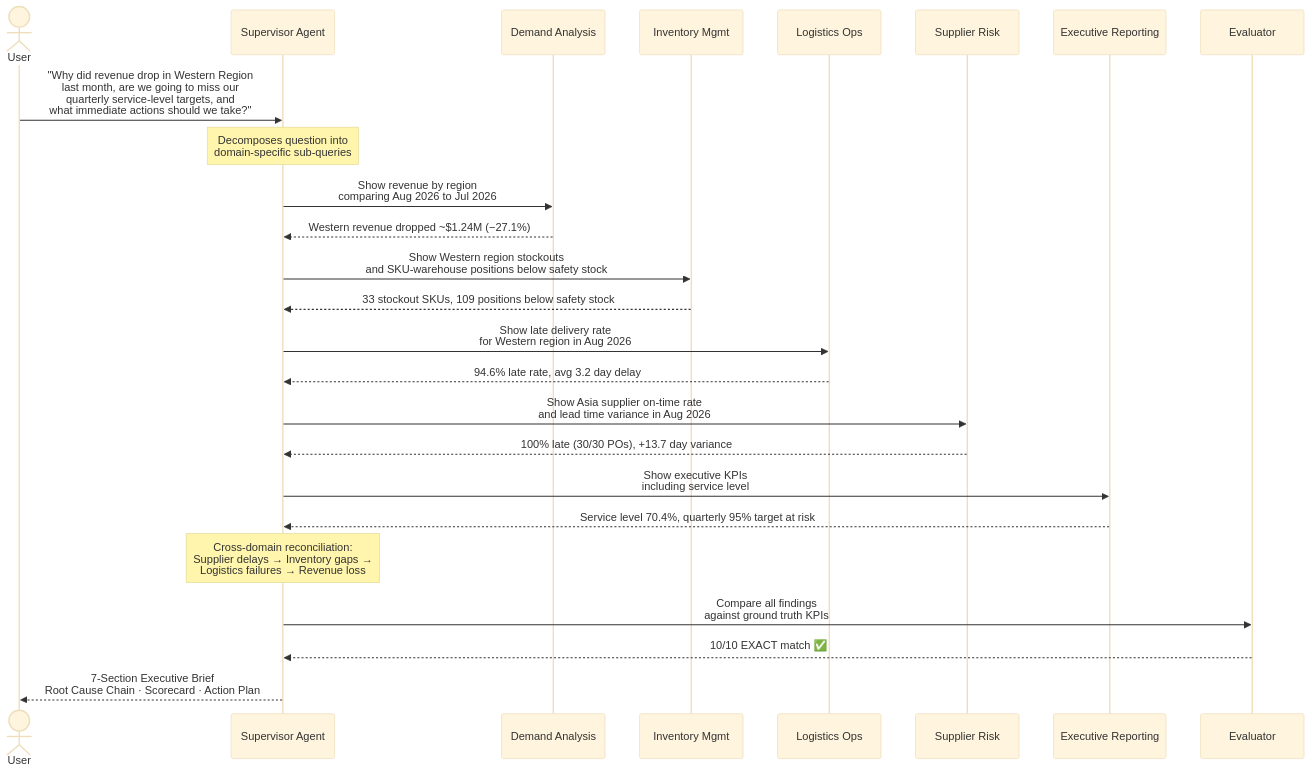
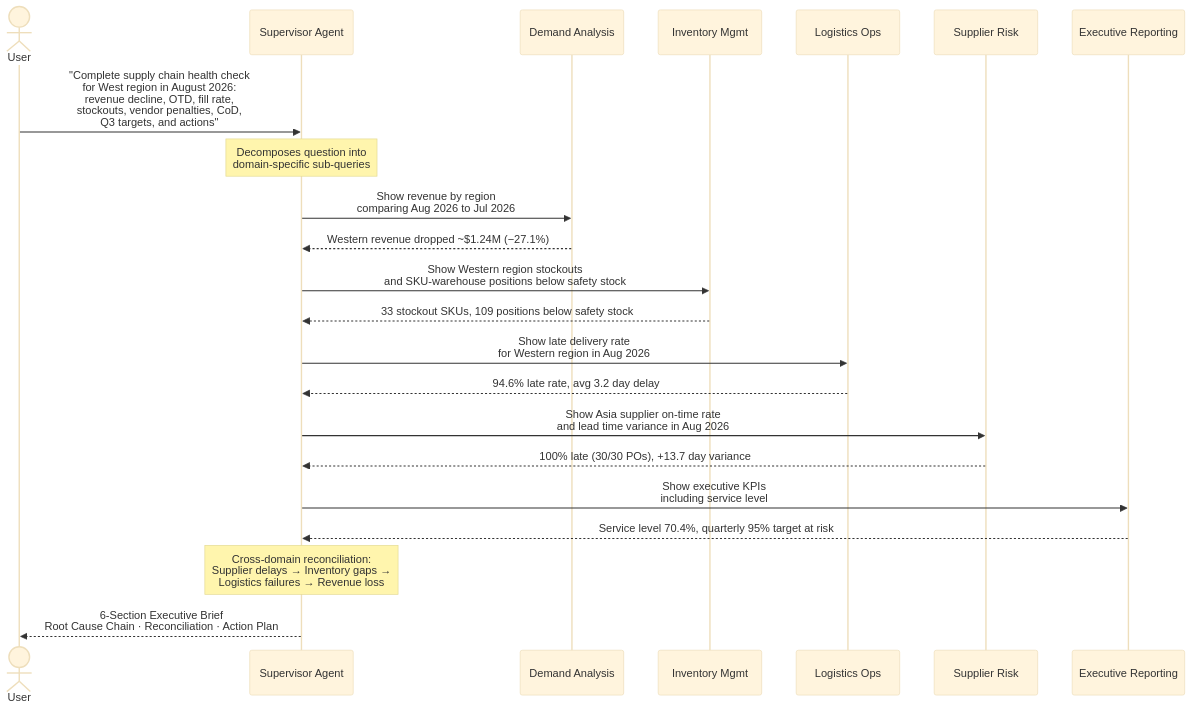
One commit to saketml79/GAP_genie_multiagent_datanalysis_demo changed the second of 2 diagrams in README.md. Above: the diagram before and after it, drawn with Mermaid (base theme). The commit also changed other lines of this file and 1 other file, not shown here.

````diff
--- a/README.md
+++ b/README.md
@@ -126,37 +116,32 @@
 ```mermaid
 sequenceDiagram
     actor User
     participant S as Supervisor Agent
     participant DA as Demand Analysis
     participant IM as Inventory Mgmt
     participant LO as Logistics Ops
     participant SR as Supplier Risk
     participant ER as Executive Reporting
-    participant EV as Evaluator
-
-    User->>S: "Why did revenue drop in Western Region<br/>last month, are we going to miss our<br/>quarterly service-level targets, and<br/>what immediate actions should we take?"
+    User->>S: "Complete supply chain health check<br/>for West region in August 2026:<br/>revenue decline, OTD, fill rate,<br/>stockouts, vendor penalties, CoD,<br/>Q3 targets, and actions"
 
     Note over S: Decomposes question into<br/>domain-specific sub-queries
 
     S->>DA: Show revenue by region<br/>comparing Aug 2026 to Jul 2026
     DA-->>S: Western revenue dropped ~$1.24M (−27.1%)
 
     S->>IM: Show Western region stockouts<br/>and SKU-warehouse positions below safety stock
     IM-->>S: 33 stockout SKUs, 109 positions below safety stock
 
     S->>LO: Show late delivery rate<br/>for Western region in Aug 2026
     LO-->>S: 94.6% late rate, avg 3.2 day delay
 
     S->>SR: Show Asia supplier on-time rate<br/>and lead time variance in Aug 2026
     SR-->>S: 100% late (30/30 POs), +13.7 day variance
 
     S->>ER: Show executive KPIs<br/>including service level
     ER-->>S: Service level 70.4%, quarterly 95% target at risk
 
     Note over S: Cross-domain reconciliation:<br/>Supplier delays → Inventory gaps →<br/>Logistics failures → Revenue loss
 
-    S->>EV: Compare all findings<br/>against ground truth KPIs
-    EV-->>S: 10/10 EXACT match ✅
-
-    S-->>User: 7-Section Executive Brief<br/>Root Cause Chain · Scorecard · Action Plan
+    S-->>User: 6-Section Executive Brief<br/>Root Cause Chain · Reconciliation · Action Plan
 ```
````
